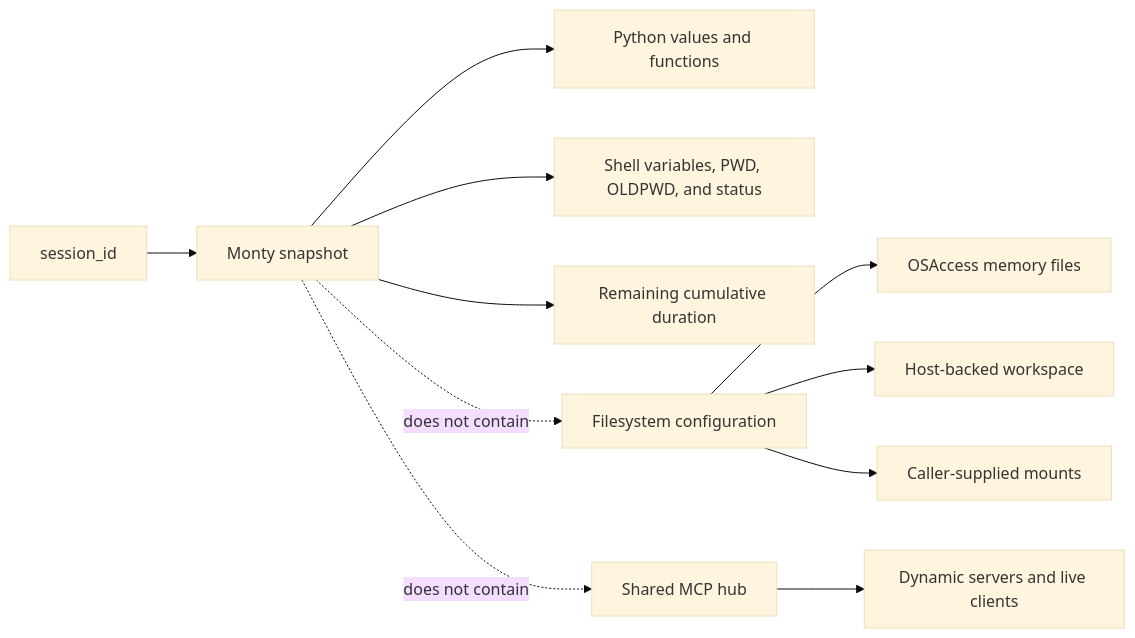
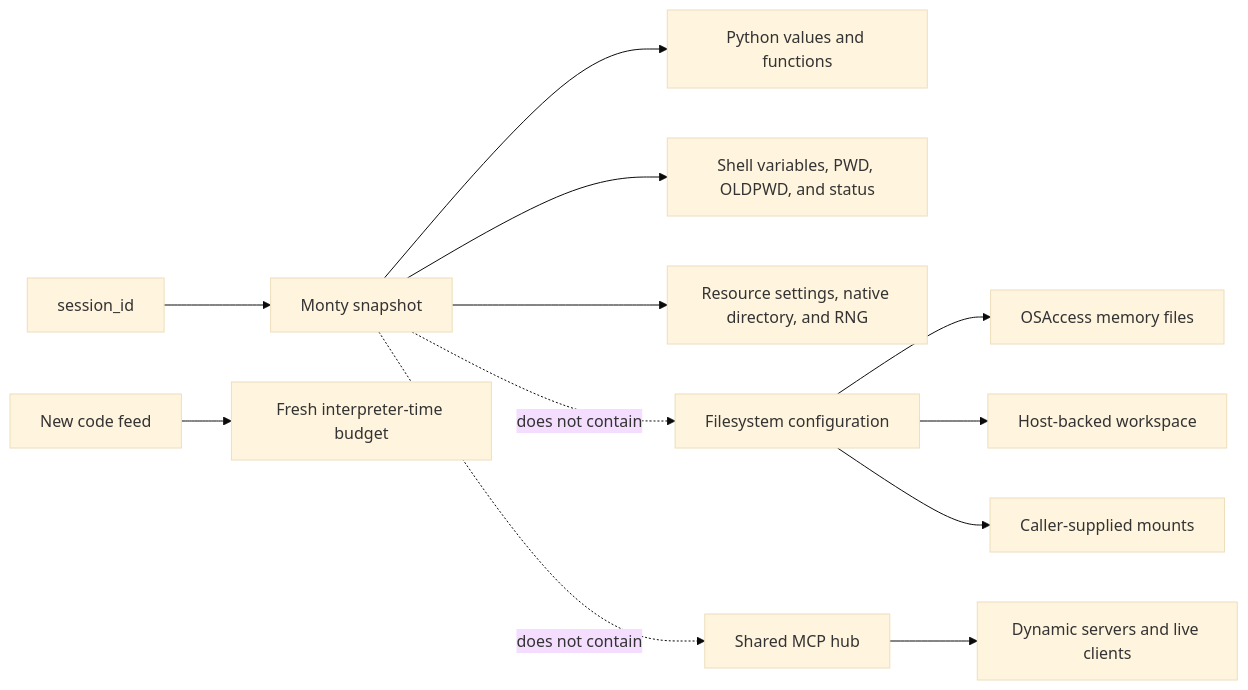
The third of 6 diagrams in docs/architecture.md (sgaseretto/arenero), drawn with Mermaid (base theme) before and after one commit. The commit also changed other lines of this file and 33 other files, not shown here.

````diff
--- a/docs/architecture.md
+++ b/docs/architecture.md
@@ -209,15 +214,16 @@
 ```mermaid
 flowchart LR
     SessionID["session_id"] --> Snapshot["Monty snapshot"]
     Snapshot --> PythonState["Python values and functions"]
     Snapshot --> ShellState["Shell variables, PWD, OLDPWD, and status"]
-    Snapshot --> Budget["Remaining cumulative duration"]
+    Snapshot --> Config["Resource settings, native directory, and RNG"]
+    Feed["New code feed"] --> Budget["Fresh interpreter-time budget"]
 
     FileConfig["Filesystem configuration"] --> MemoryFiles["OSAccess memory files"]
     FileConfig --> Workspace["Host-backed workspace"]
     FileConfig --> Mounts["Caller-supplied mounts"]
     Hub["Shared MCP hub"] --> Registry["Dynamic servers and live clients"]
 
     Snapshot -. does not contain .-> FileConfig
     Snapshot -. does not contain .-> Hub
 ```
````
